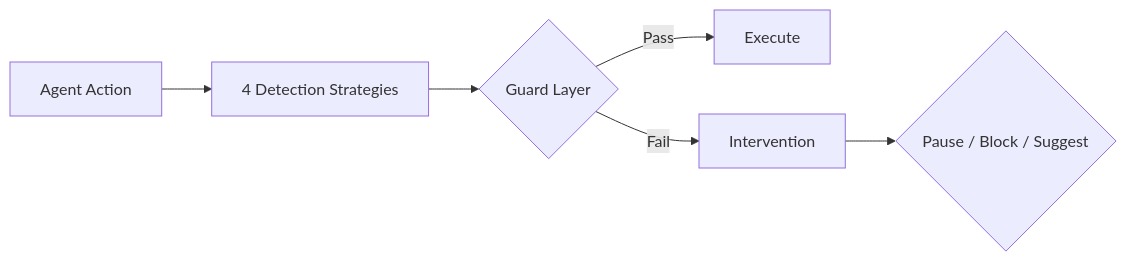
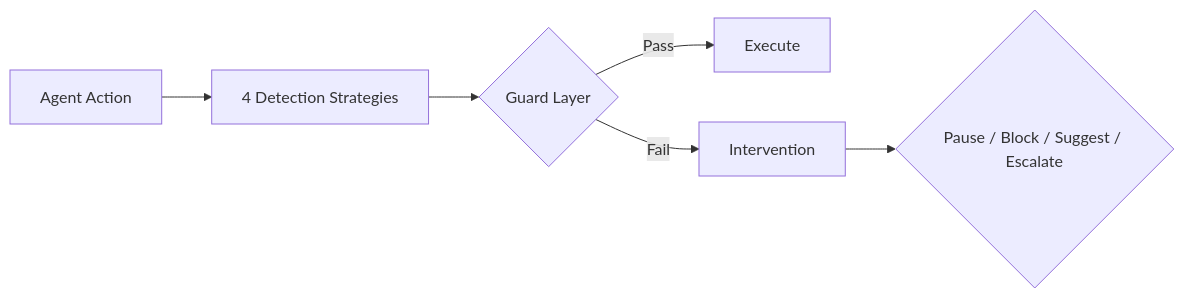
One commit to liuchunwei732-cmyk/loopbuster changed the diagram in README.md. Above: the diagram before and after it, drawn with Mermaid. The commit also changed other lines of this file and 9 other files, not shown here.

````diff
--- a/README.md
+++ b/README.md
@@ -12,8 +67,8 @@
 ```mermaid
 graph LR
     A[Agent Action] --> B[4 Detection Strategies]
     B --> C{Guard Layer}
     C -->|Pass| D[Execute]
     C -->|Fail| E[Intervention]
-    E --> F{Pause / Block / Suggest}
+    E --> F{Pause / Block / Suggest / Escalate}
 ```
````
